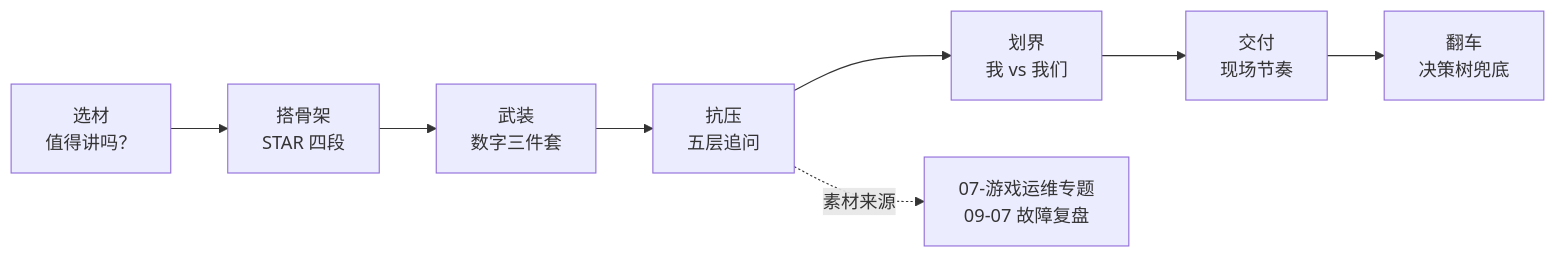
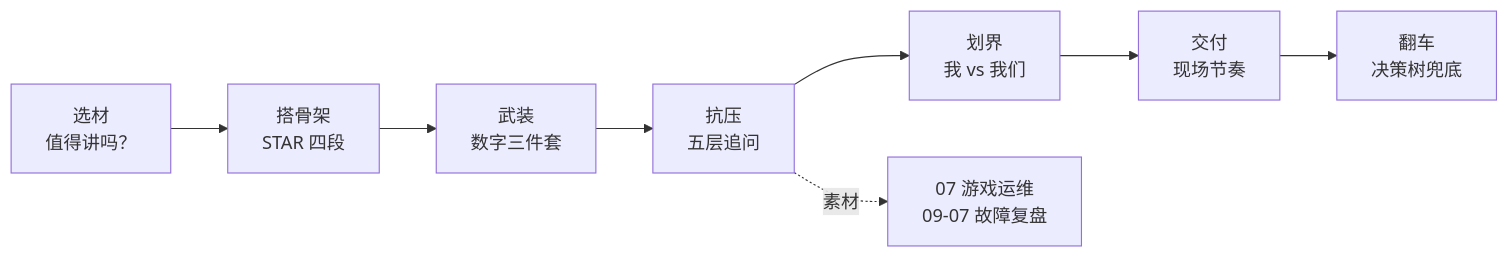
Before and after one commit to ml-cuizijun/LearnToLilith: the first of 2 diagrams in 10-面试综合与系统设计/01-STAR项目话术/知识点.md, drawn with Mermaid. The commit also changed other lines of this file and 178 other files, not shown here.

````diff
--- a/10-面试综合与系统设计/01-STAR项目话术/知识点.md
+++ b/10-面试综合与系统设计/01-STAR项目话术/知识点.md
@@ -19,5 +14,10 @@
 ```mermaid
 flowchart LR
-    A["选材<br/>值得讲吗？"] --> B["搭骨架<br/>STAR 四段"] --> C["武装<br/>数字三件套"] --> D["抗压<br/>五层追问"] --> E["划界<br/>我 vs 我们"] --> F["交付<br/>现场节奏"] --> G["翻车<br/>决策树兜底"]
-    D -.->|素材来源| H["07-游戏运维专题<br/>09-07 故障复盘"]
+    A["选材<br/>值得讲吗？"] --> B["搭骨架<br/>STAR 四段"]
+    B --> C["武装<br/>数字三件套"]
+    C --> D["抗压<br/>五层追问"]
+    D --> E["划界<br/>我 vs 我们"]
+    E --> F["交付<br/>现场节奏"]
+    F --> G["翻车<br/>决策树兜底"]
+    D -.->|素材| H["07 游戏运维<br/>09-07 故障复盘"]
 ```
````
